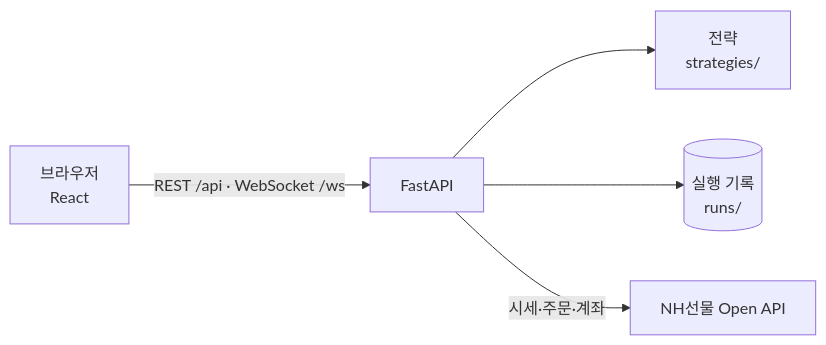
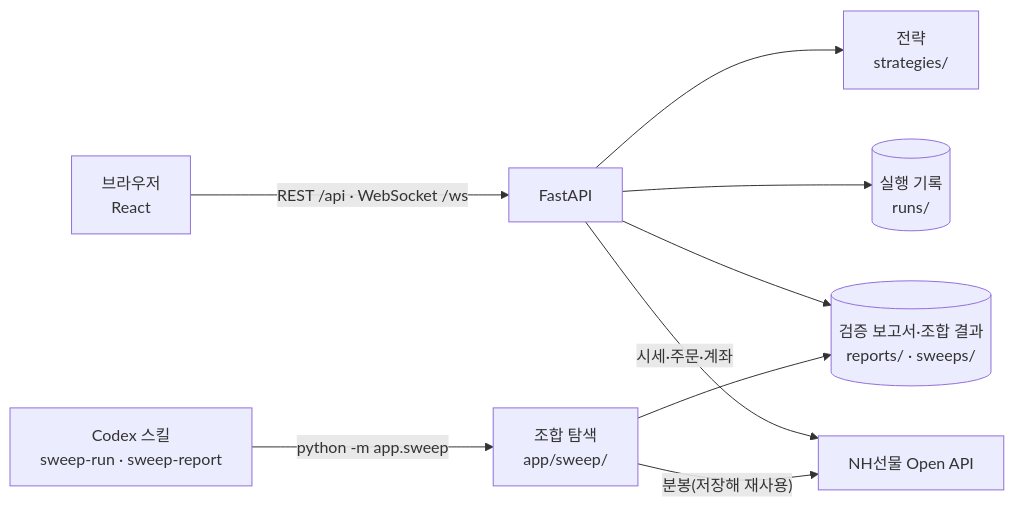
One commit to NH-Futures-Pioneer-1-Team07/pioneer-1st-code-team07 changed the second of 2 diagrams in README.md. Above: the diagram before and after it, drawn with Mermaid. The commit also changed other lines of this file, not shown here.

````diff
--- a/README.md
+++ b/README.md
@@ -330,7 +402,11 @@
 ```mermaid
 flowchart LR
     Browser["브라우저<br/>React"] -->|"REST /api · WebSocket /ws"| Backend["FastAPI"]
     Backend --> Strategy["전략<br/>strategies/"]
     Backend --> Runs[("실행 기록<br/>runs/")]
+    Backend --> Reports[("검증 보고서·조합 결과<br/>reports/ · sweeps/")]
     Backend -->|"시세·주문·계좌"| NH["NH선물 Open API"]
+    Codex["Codex 스킬<br/>sweep-run · sweep-report"] -->|"python -m app.sweep"| Sweep["조합 탐색<br/>app/sweep/"]
+    Sweep --> Reports
+    Sweep -->|"분봉(저장해 재사용)"| NH
 ```
````
